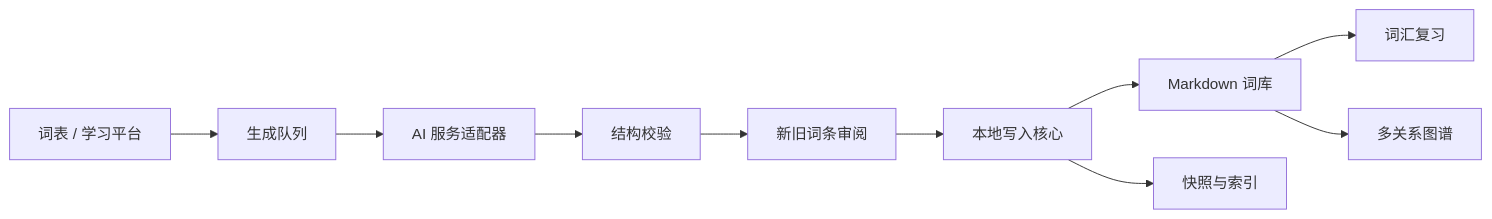
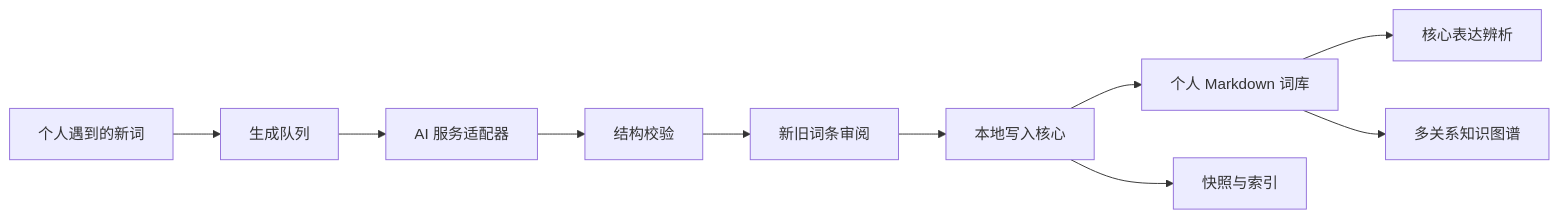
One commit to littlelaurence666/personal-dictionary-desktop changed the diagram in README.md. Above: the diagram before and after it, drawn with Mermaid. The commit also changed other lines of this file and 8 other files, not shown here.

````diff
--- a/README.md
+++ b/README.md
@@ -62,12 +74,12 @@
 ```mermaid
 flowchart LR
-    A[词表 / 学习平台] --> B[生成队列]
+    A[个人遇到的新词] --> B[生成队列]
     B --> C[AI 服务适配器]
     C --> D[结构校验]
     D --> E[新旧词条审阅]
     E --> F[本地写入核心]
-    F --> G[Markdown 词库]
+    F --> G[个人 Markdown 词库]
     F --> H[快照与索引]
-    G --> I[词汇复习]
-    G --> J[多关系图谱]
+    G --> I[核心表达辨析]
+    G --> J[多关系知识图谱]
 ```
````
